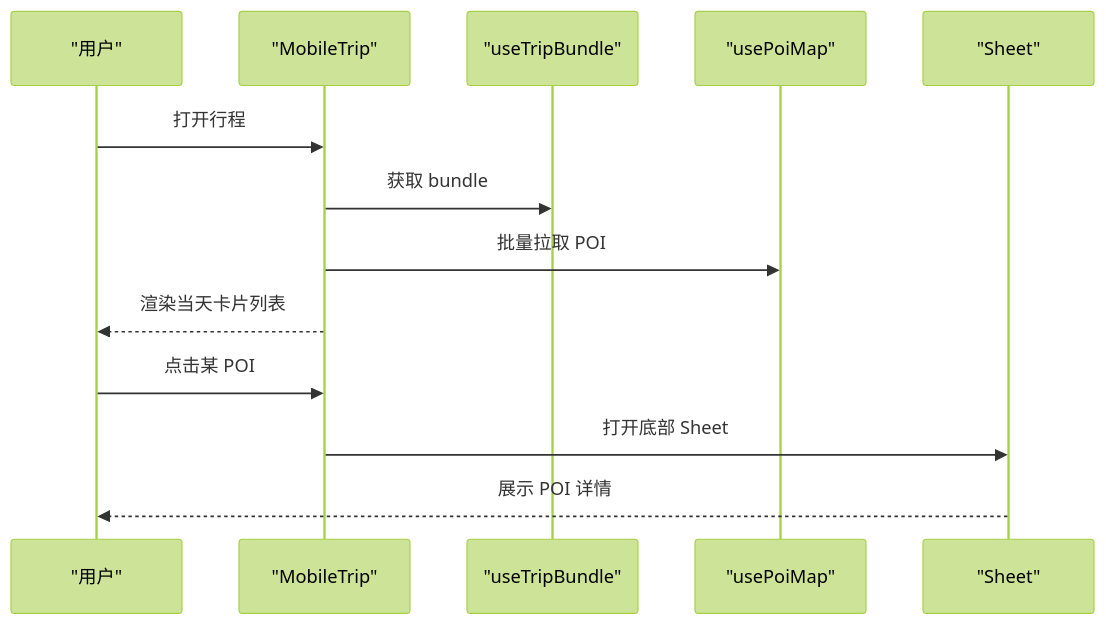
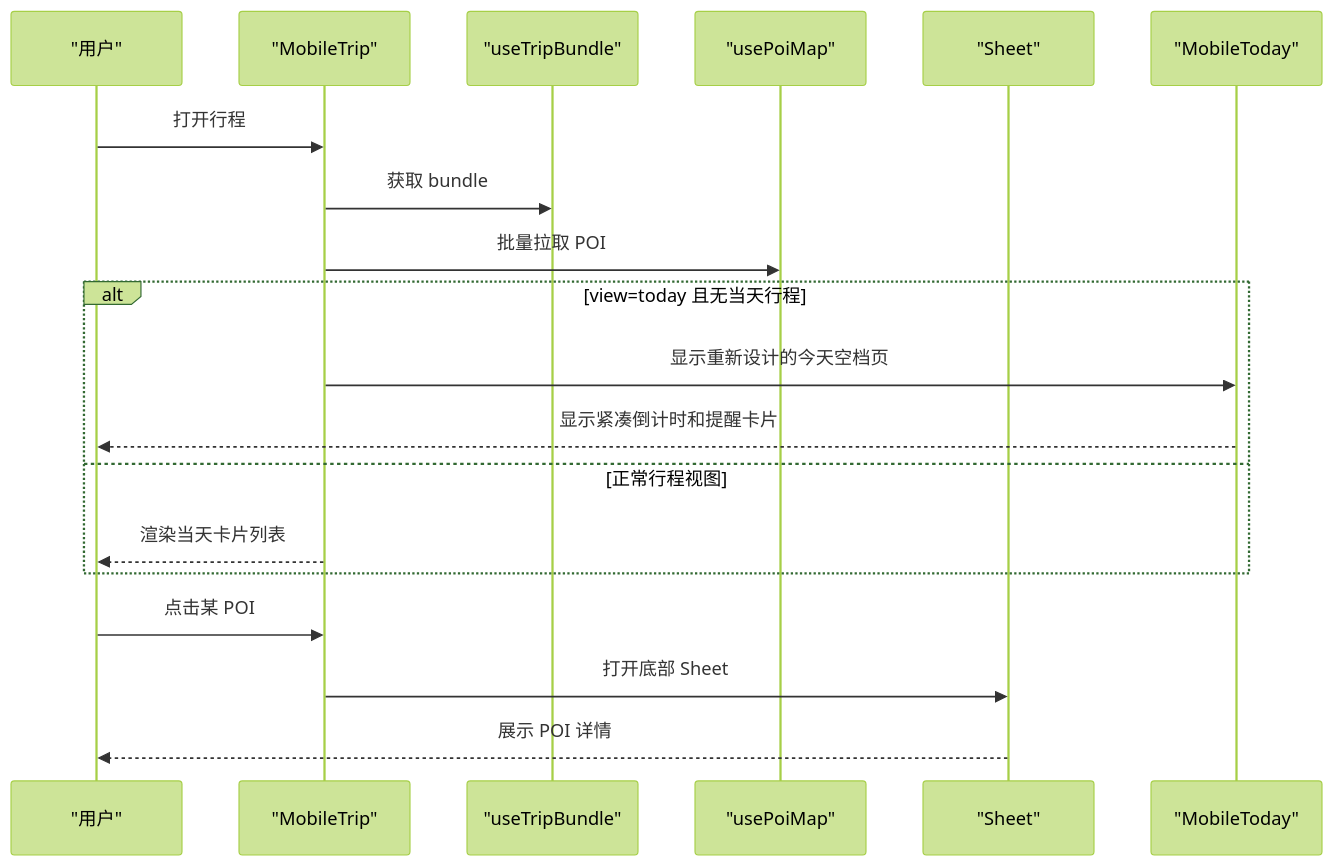
The fifth of 8 diagrams in .qoder/repowiki/zh/content/用户界面组件/移动端优化.md (huangyilu/wanwuyishi), drawn with Mermaid (forest theme) before and after one commit. The commit also changed other lines of this file and 93 other files, not shown here.

````diff
--- a/.qoder/repowiki/zh/content/用户界面组件/移动端优化.md
+++ b/.qoder/repowiki/zh/content/用户界面组件/移动端优化.md
@@ -232,15 +251,21 @@
 ```mermaid
 sequenceDiagram
 participant U as "用户"
 participant MT as "MobileTrip"
 participant DB as "useTripBundle"
 participant PM as "usePoiMap"
 participant SH as "Sheet"
+participant MH as "MobileToday"
 U->>MT : 打开行程
 MT->>DB : 获取 bundle
 MT->>PM : 批量拉取 POI
+alt view=today 且无当天行程
+MT->>MH : 显示重新设计的今天空档页
+MH-->>U : 显示紧凑倒计时和提醒卡片
+else 正常行程视图
 MT-->>U : 渲染当天卡片列表
+end
 U->>MT : 点击某 POI
 MT->>SH : 打开底部 Sheet
 SH-->>U : 展示 POI 详情
 ```
````
